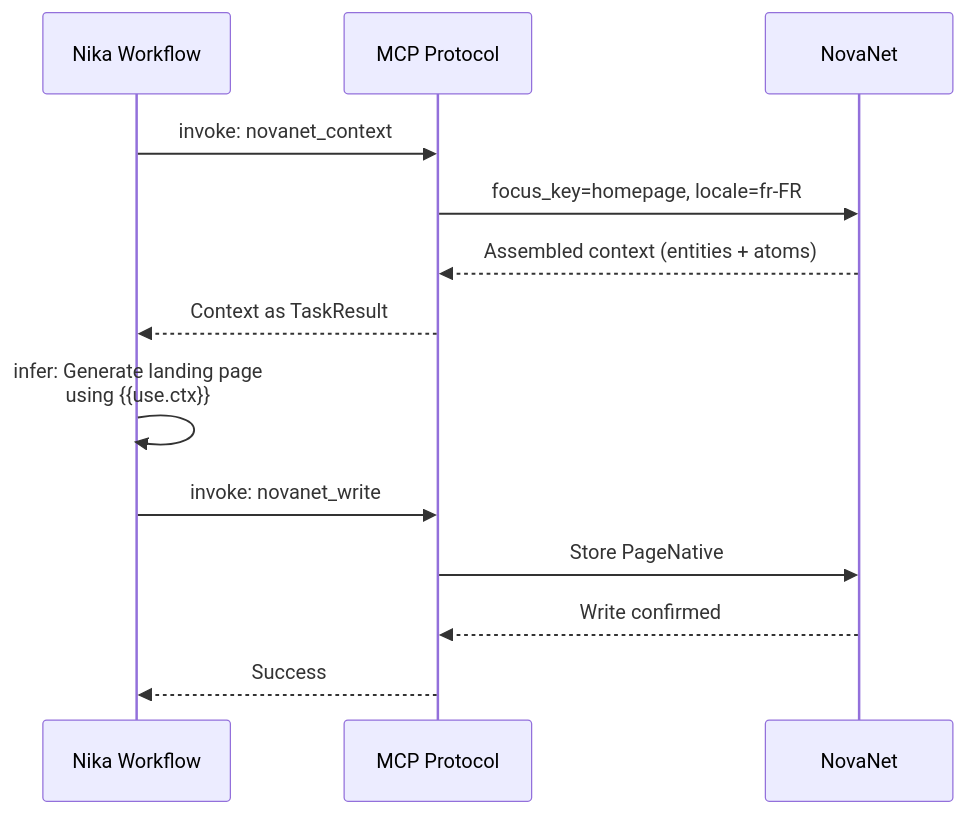
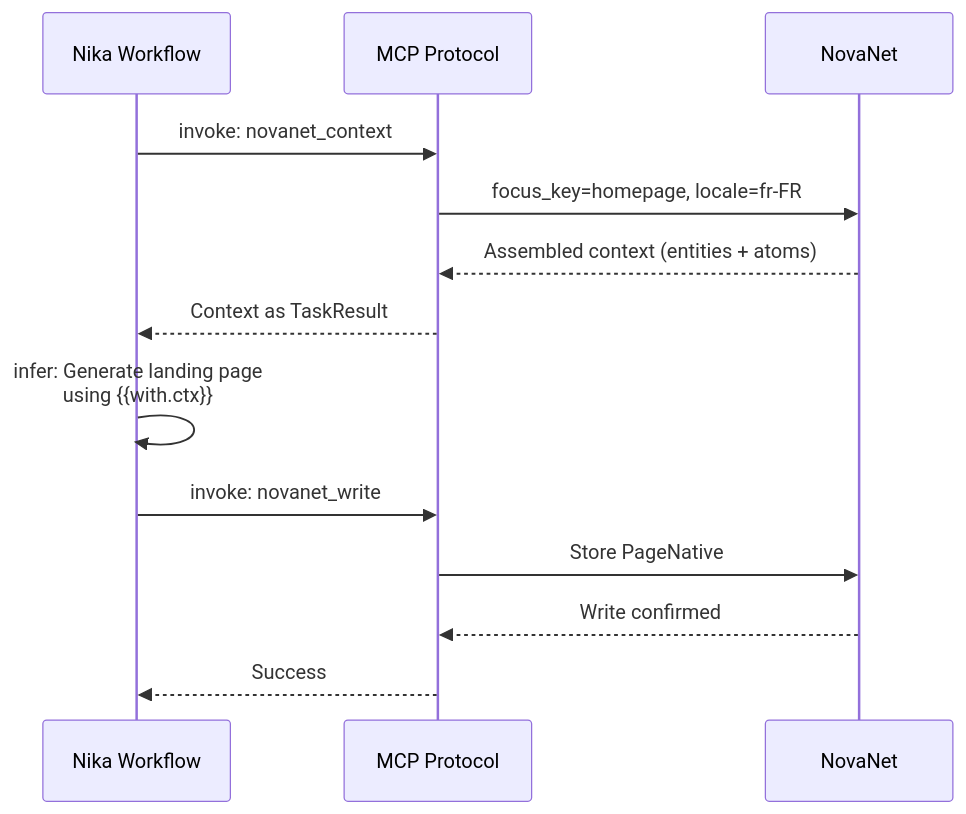
One commit to supernovae-st/nika changed the sixth of 6 diagrams in docs/brainstorm/nika-evolution/01-current-features.md. Above: the diagram before and after it, drawn with Mermaid. The commit also changed other lines of this file and 6 other files, not shown here.

````diff
--- a/docs/brainstorm/nika-evolution/01-current-features.md
+++ b/docs/brainstorm/nika-evolution/01-current-features.md
@@ -407,18 +430,18 @@
 ```mermaid
 sequenceDiagram
     participant W as Nika Workflow
     participant MCP as MCP Protocol
     participant NN as NovaNet
 
     W->>MCP: invoke: novanet_context
     MCP->>NN: focus_key=homepage, locale=fr-FR
     NN-->>MCP: Assembled context (entities + atoms)
     MCP-->>W: Context as TaskResult
 
-    W->>W: infer: Generate landing page<br/>using {{use.ctx}}
+    W->>W: infer: Generate landing page<br/>using {{with.ctx}}
 
     W->>MCP: invoke: novanet_write
     MCP->>NN: Store PageNative
     NN-->>MCP: Write confirmed
     MCP-->>W: Success
 ```
````
